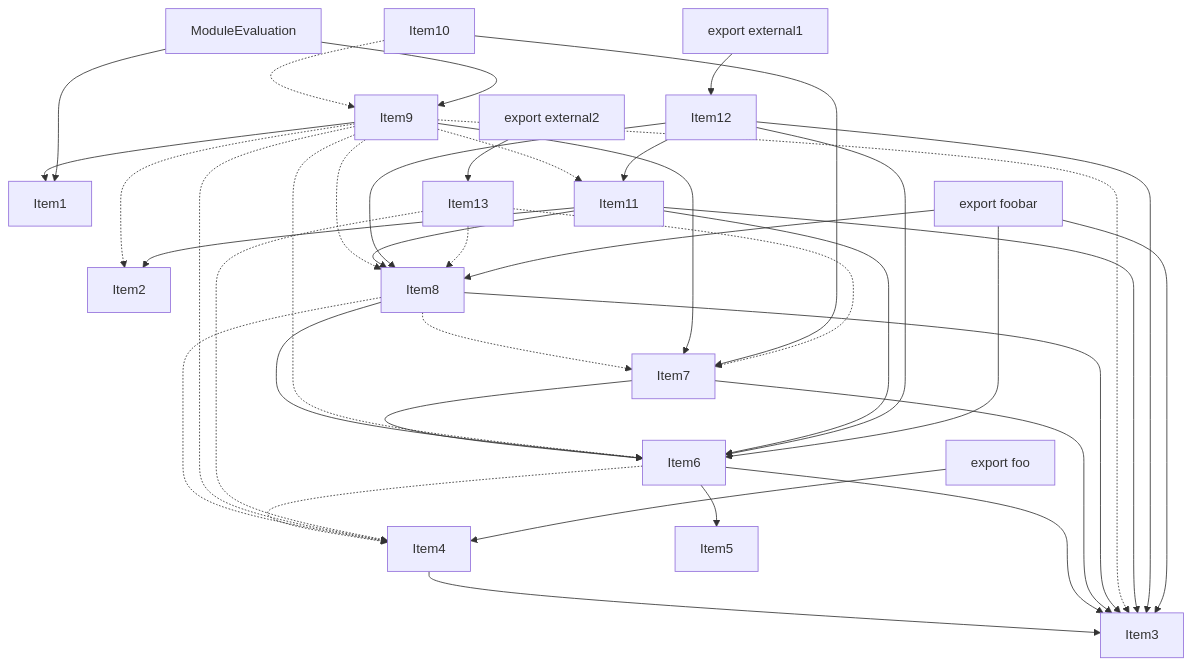
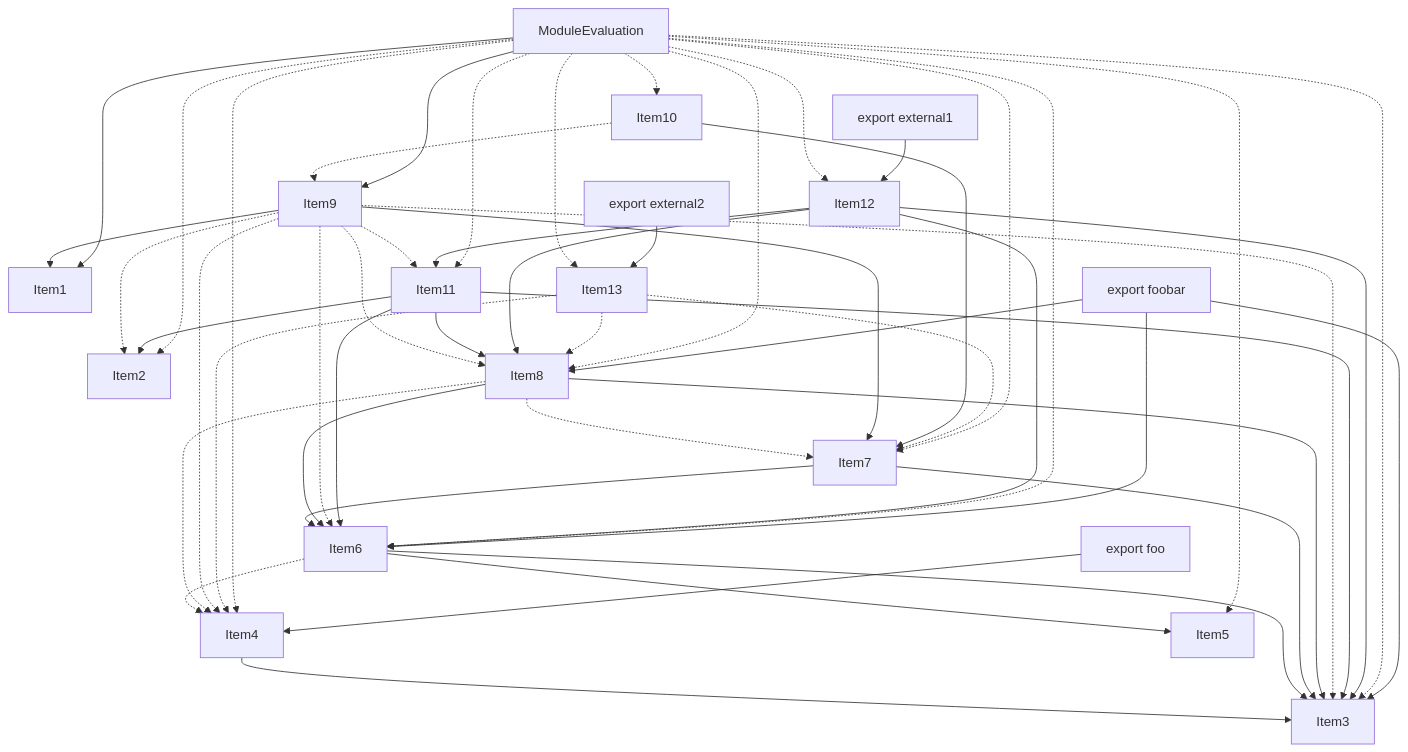
Before and after one commit to vercel/turborepo: the fourth of 5 diagrams in crates/turbopack-ecmascript/tests/tree-shaker/analyzer/1/output.md, drawn with Mermaid. The commit also changed other lines of this file and 3 other files, not shown here.

````diff
--- a/crates/turbopack-ecmascript/tests/tree-shaker/analyzer/1/output.md
+++ b/crates/turbopack-ecmascript/tests/tree-shaker/analyzer/1/output.md
@@ -273,65 +273,76 @@
 ```mermaid
 graph TD
     Item1;
     Item2;
     Item3;
     Item4;
     Item5;
     Item6;
     Item7;
     Item8;
     Item9;
     Item10;
     Item11;
     Item12;
     Item13;
     Item14;
     Item14["ModuleEvaluation"];
     Item15;
     Item15["export foobar"];
     Item16;
     Item16["export foo"];
     Item17;
     Item17["export external1"];
     Item18;
     Item18["export external2"];
     Item4 --> Item3;
     Item6 --> Item5;
     Item6 --> Item3;
     Item6 -.-> Item4;
     Item7 --> Item3;
     Item7 --> Item6;
     Item8 --> Item3;
     Item8 --> Item6;
     Item8 -.-> Item4;
     Item8 -.-> Item7;
     Item9 --> Item7;
     Item9 --> Item1;
     Item9 -.-> Item2;
     Item9 -.-> Item3;
     Item9 -.-> Item6;
     Item9 -.-> Item8;
     Item9 -.-> Item4;
     Item9 -.-> Item11;
     Item10 --> Item7;
     Item10 -.-> Item9;
     Item11 --> Item2;
     Item11 --> Item3;
     Item11 --> Item6;
     Item11 --> Item8;
     Item12 --> Item11;
     Item12 --> Item3;
     Item12 --> Item6;
     Item12 --> Item8;
     Item13 -.-> Item4;
     Item13 -.-> Item7;
     Item13 -.-> Item8;
     Item14 --> Item1;
     Item14 --> Item9;
+    Item14 -.-> Item12;
+    Item14 -.-> Item2;
+    Item14 -.-> Item3;
+    Item14 -.-> Item6;
+    Item14 -.-> Item8;
+    Item14 -.-> Item4;
+    Item14 -.-> Item7;
+    Item14 -.-> Item5;
+    Item14 -.-> Item10;
+    Item14 -.-> Item11;
+    Item14 -.-> Item13;
     Item15 --> Item3;
     Item15 --> Item6;
     Item15 --> Item8;
     Item16 --> Item4;
     Item17 --> Item12;
     Item18 --> Item13;
 ```
````
